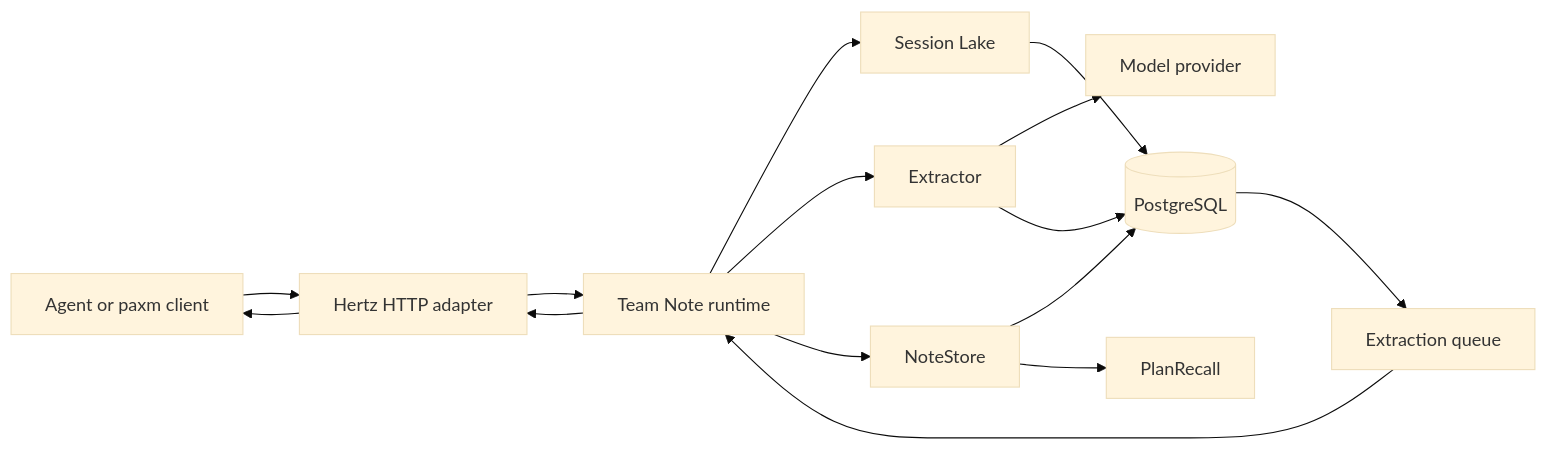
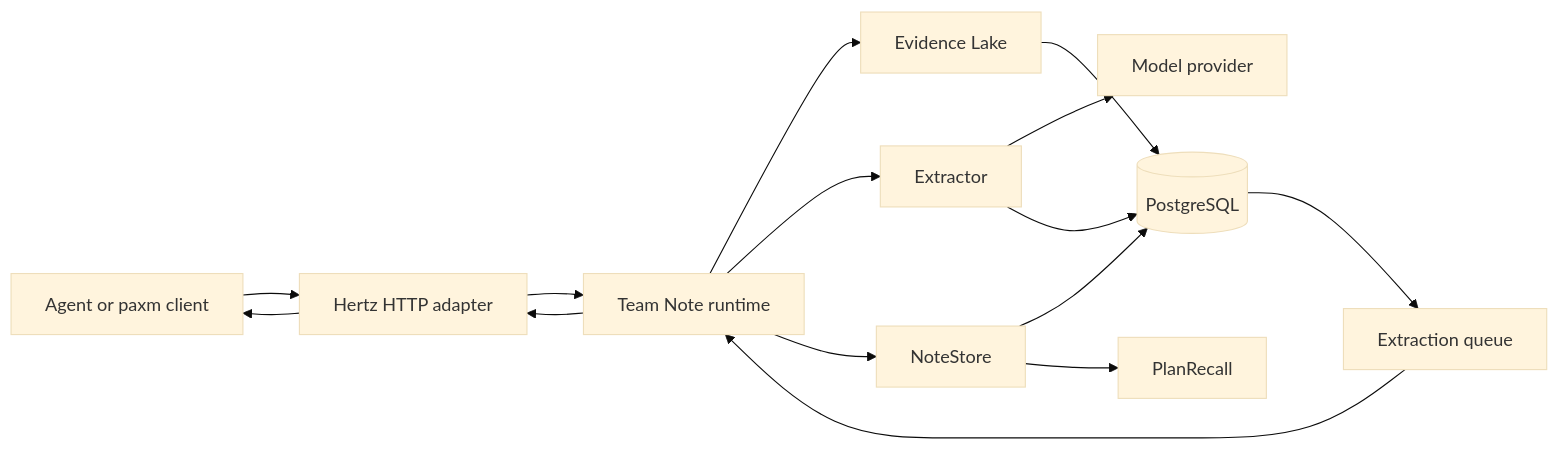
One commit to pax-beehive/pax-nexus changed the first of 3 diagrams in docs/code-architecture.md. Above: the diagram before and after it, drawn with Mermaid (base theme). The commit also changed other lines of this file and 27 other files, not shown here.

````diff
--- a/docs/code-architecture.md
+++ b/docs/code-architecture.md
@@ -18,23 +18,23 @@
 ```mermaid
 flowchart LR
     Client[Agent or paxm client]
     HTTP[Hertz HTTP adapter]
     Runtime[Team Note runtime]
-    Lake[Session Lake]
+    Lake[Evidence Lake]
     Queue[Extraction queue]
     Extractor[Extractor]
     Notes[NoteStore]
     Recall[PlanRecall]
     PG[(PostgreSQL)]
     Model[Model provider]
 
     Client --> HTTP --> Runtime
     Runtime --> Lake
     Lake --> PG
     PG --> Queue --> Runtime
     Runtime --> Extractor --> Model
     Extractor --> PG
     Runtime --> Notes --> PG
     Notes --> Recall
     Runtime --> HTTP --> Client
 ```
````
